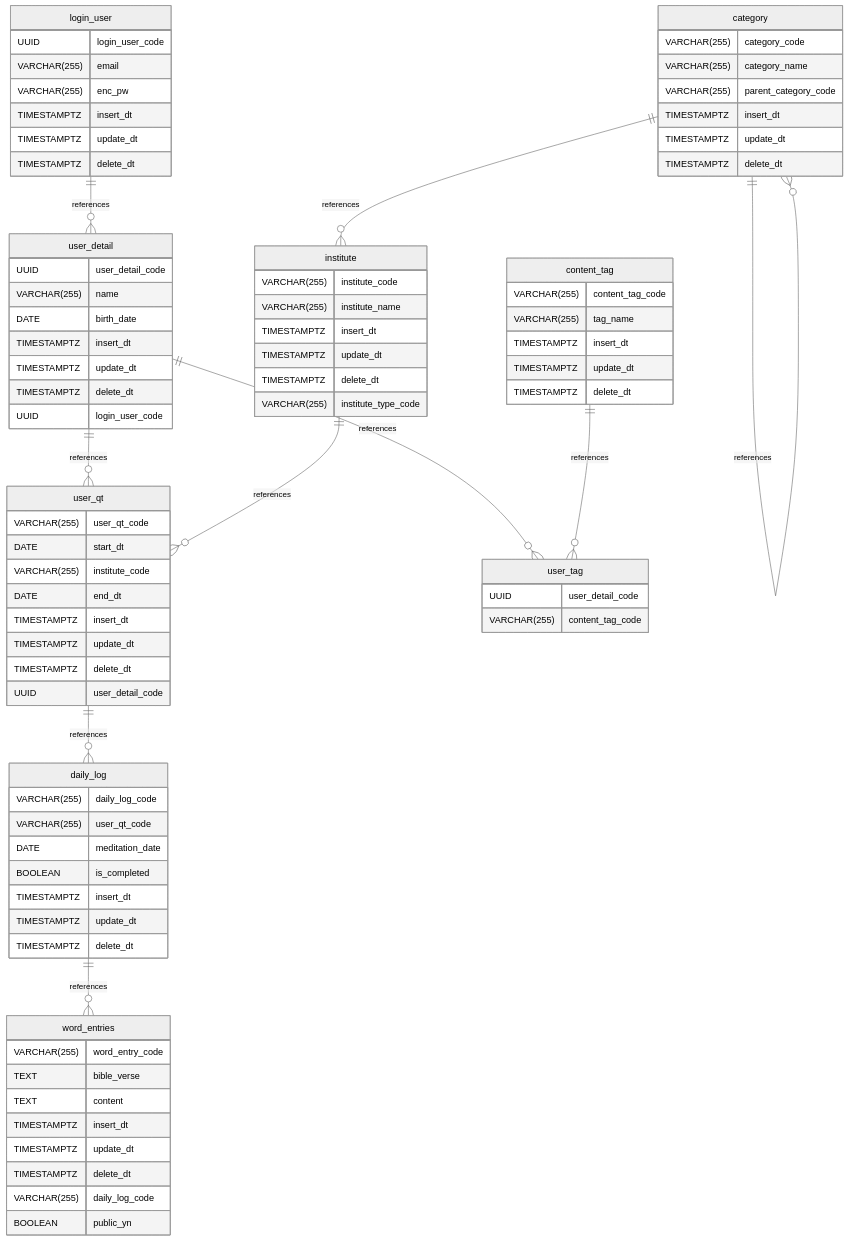
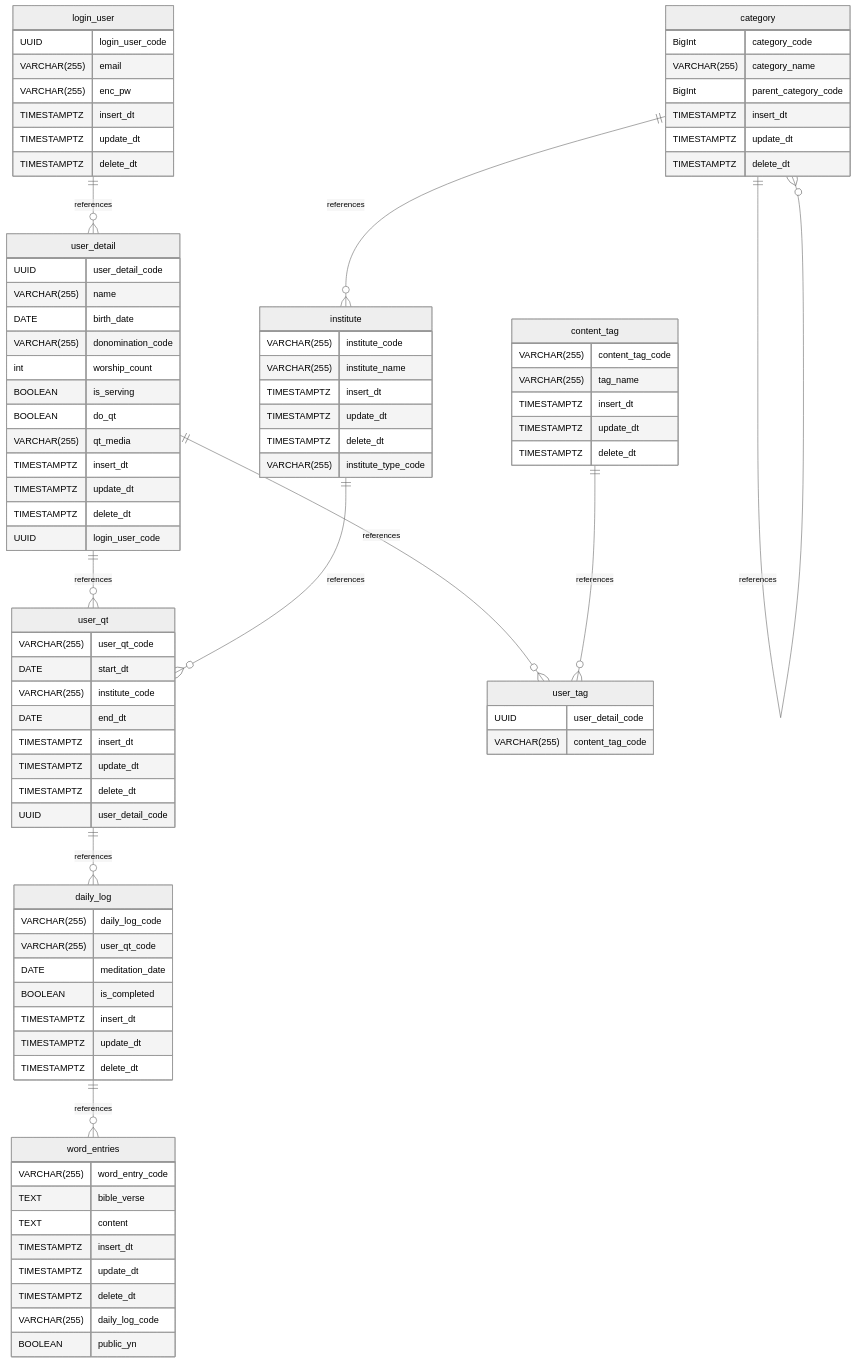
One commit to LinaShinDev/daily-word-log changed the diagram in README.md. Above: the diagram before and after it, drawn with Mermaid (neutral theme).

```diff
--- a/README.md
+++ b/README.md
@@ -51,6 +51,11 @@
 		UUID user_detail_code
 		VARCHAR(255) name
 		DATE birth_date
+		VARCHAR(255) donomination_code
+		int worship_count
+		BOOLEAN is_serving
+		BOOLEAN do_qt
+		VARCHAR(255) qt_media
 		TIMESTAMPTZ insert_dt
 		TIMESTAMPTZ update_dt
 		TIMESTAMPTZ delete_dt
@@ -58,9 +63,9 @@
 	}
 
 	category {
-		VARCHAR(255) category_code
+		BigInt category_code
 		VARCHAR(255) category_name
-		VARCHAR(255) parent_category_code
+		BigInt parent_category_code
 		TIMESTAMPTZ insert_dt
 		TIMESTAMPTZ update_dt
 		TIMESTAMPTZ delete_dt
```
